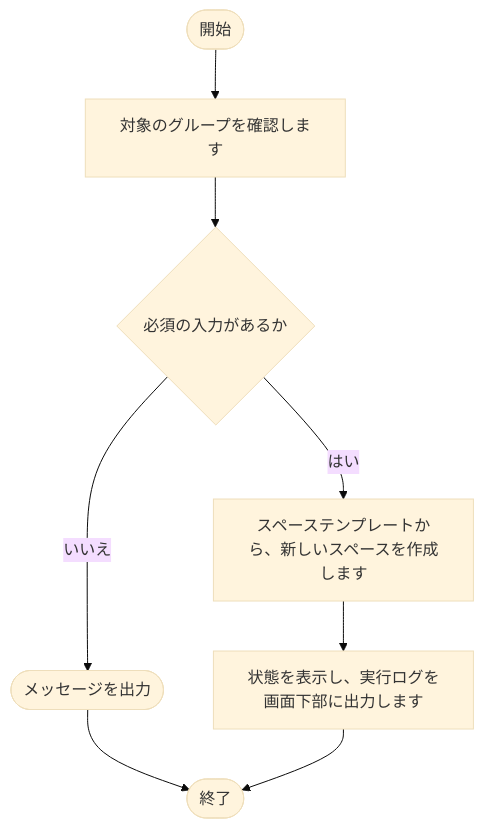
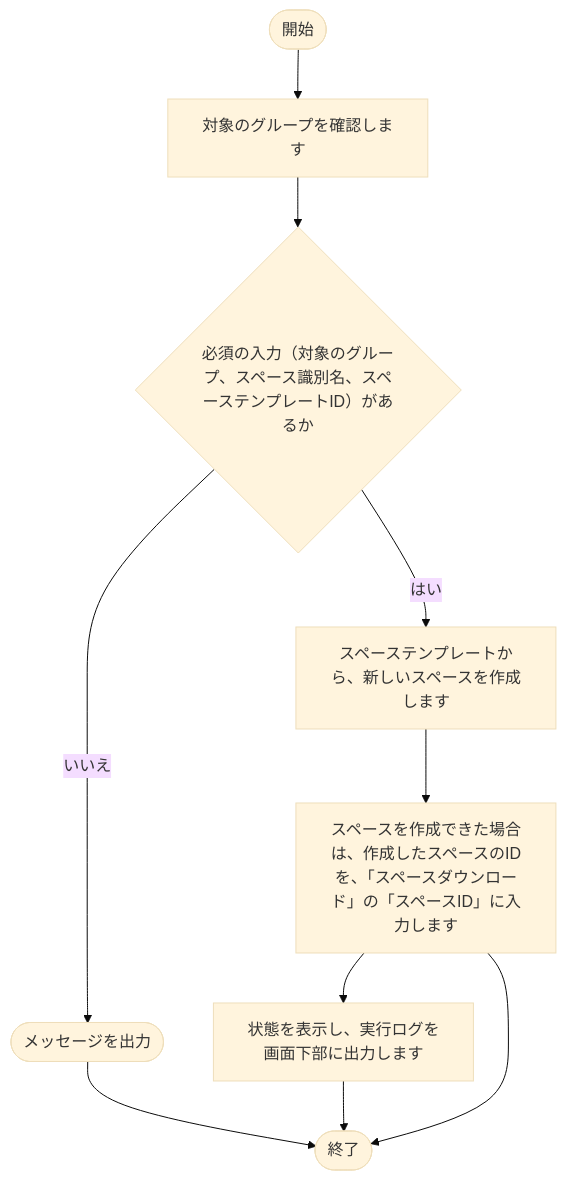
One commit to nishida2073/project_management changed the first of 15 diagrams in tool/kintone-resourse-generator/doc/02_設計/処理フロー.md. Above: the diagram before and after it, drawn with Mermaid (base theme). The commit also changed other lines of this file and 16 other files, not shown here.

````diff
--- a/tool/kintone-resourse-generator/doc/02_設計/処理フロー.md
+++ b/tool/kintone-resourse-generator/doc/02_設計/処理フロー.md
@@ -36,17 +37,20 @@
 ```mermaid
 flowchart TD
     S(["開始"])
     E(["終了"])
     N1["対象のグループを確認します"]
     S --> N1
-    N2{"必須の入力があるか"}
+    N2{"必須の入力（対象のグループ、スペース識別名、スペーステンプレートID）があるか"}
     X2(["メッセージを出力"])
     X2 --> E
     N2 -- いいえ --> X2
     N1 --> N2
     N3["スペーステンプレートから、新しいスペースを作成します"]
     N2 -- はい --> N3
-    N4["状態を表示し、実行ログを画面下部に出力します"]
+    N4["スペースを作成できた場合は、作成したスペースのIDを、「スペースダウンロード」の「スペースID」に入力します"]
     N3 --> N4
+    N5["状態を表示し、実行ログを画面下部に出力します"]
+    N4 --> N5
+    N5 --> E
     N4 --> E
 ```
````
